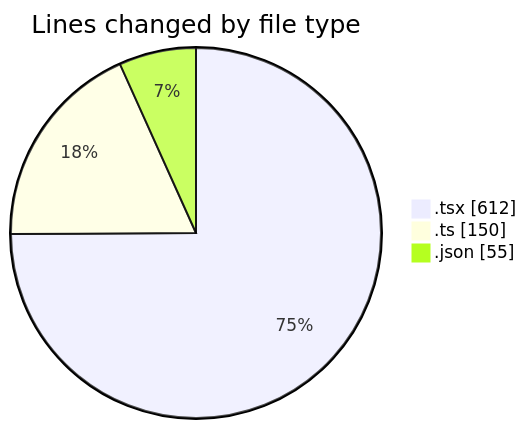
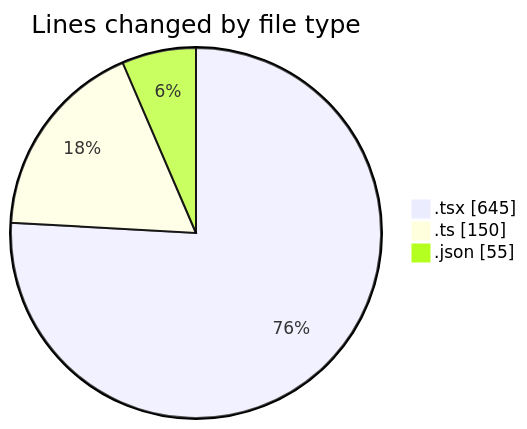
Before and after one commit to julien-gomy/code-tracking: the first of 2 diagrams in 2025-10-21/eventscop-frontend-guide__workspace_/README.md, drawn with Mermaid. The commit also changed other lines of this file and 1 other file, not shown here.

````diff
--- a/2025-10-21/eventscop-frontend-guide__workspace_/README.md
+++ b/2025-10-21/eventscop-frontend-guide__workspace_/README.md
@@ -29,7 +29,7 @@
 ```mermaid
 pie showData
 title Lines changed by file type
-".tsx" : 612
+".tsx" : 645
 ".ts" : 150
 ".json" : 55
 ```
````
